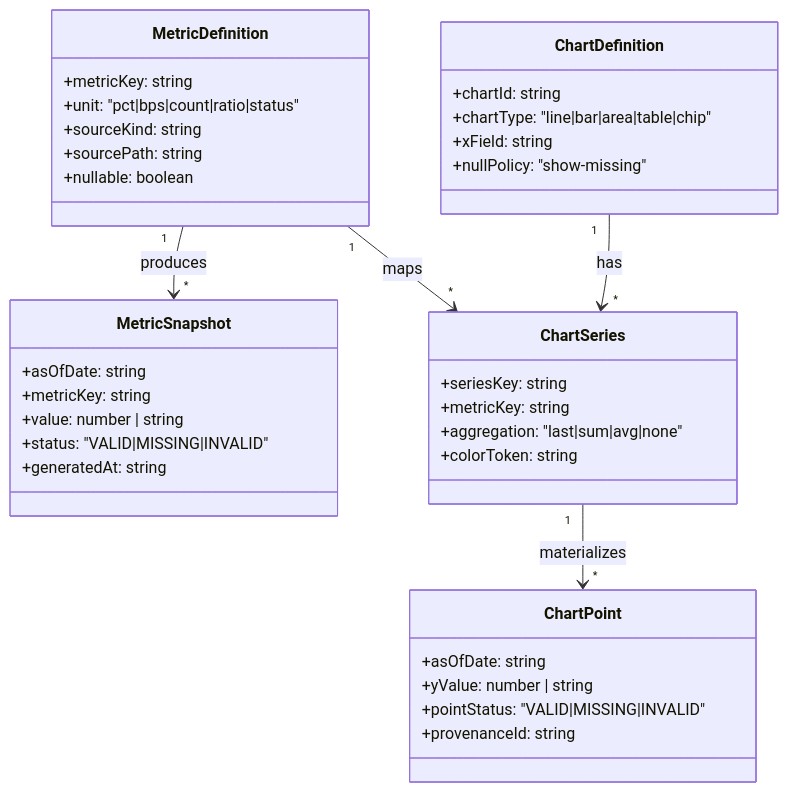
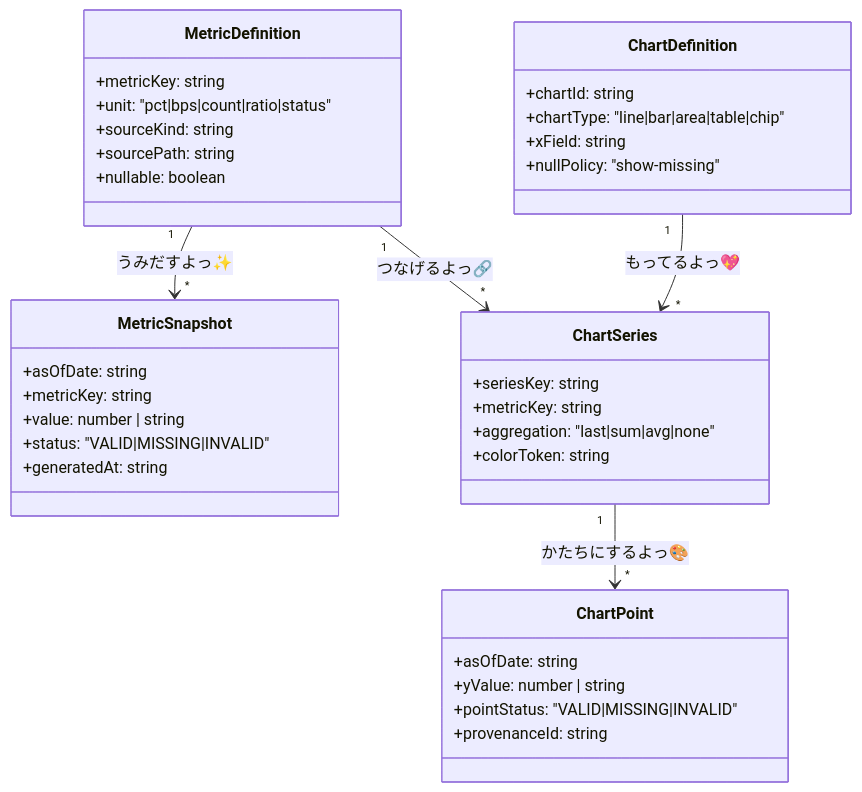
One commit to KAFKA2306/investor changed the seventh of 8 diagrams in docs/specs/frontend.md. Above: the diagram before and after it, drawn with Mermaid. The commit also changed other lines of this file and 52 other files, not shown here.

````diff
--- a/docs/specs/frontend.md
+++ b/docs/specs/frontend.md
@@ -321,44 +321,44 @@
 ```mermaid
 classDiagram
     class MetricDefinition {
       +metricKey: string
       +unit: "pct|bps|count|ratio|status"
       +sourceKind: string
       +sourcePath: string
       +nullable: boolean
     }
 
     class MetricSnapshot {
       +asOfDate: string
       +metricKey: string
       +value: number | string
       +status: "VALID|MISSING|INVALID"
       +generatedAt: string
     }
 
     class ChartDefinition {
       +chartId: string
       +chartType: "line|bar|area|table|chip"
       +xField: string
       +nullPolicy: "show-missing"
     }
 
     class ChartSeries {
       +seriesKey: string
       +metricKey: string
       +aggregation: "last|sum|avg|none"
       +colorToken: string
     }
 
     class ChartPoint {
       +asOfDate: string
       +yValue: number | string
       +pointStatus: "VALID|MISSING|INVALID"
       +provenanceId: string
     }
 
-    MetricDefinition "1" --> "*" MetricSnapshot : produces
-    ChartDefinition "1" --> "*" ChartSeries : has
-    ChartSeries "1" --> "*" ChartPoint : materializes
-    MetricDefinition "1" --> "*" ChartSeries : maps
+    MetricDefinition "1" --> "*" MetricSnapshot : うみだすよっ✨
+    ChartDefinition "1" --> "*" ChartSeries : もってるよっ💖
+    ChartSeries "1" --> "*" ChartPoint : かたちにするよっ🎨
+    MetricDefinition "1" --> "*" ChartSeries : つなげるよっ🔗
 ```
````
